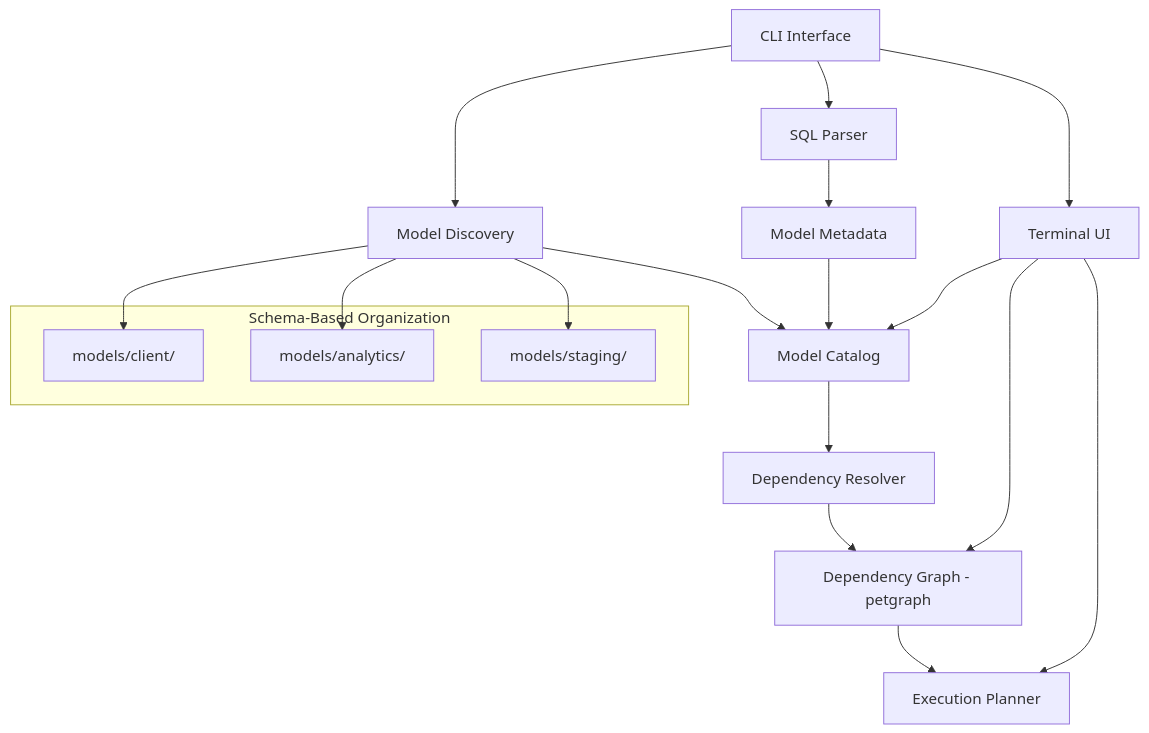
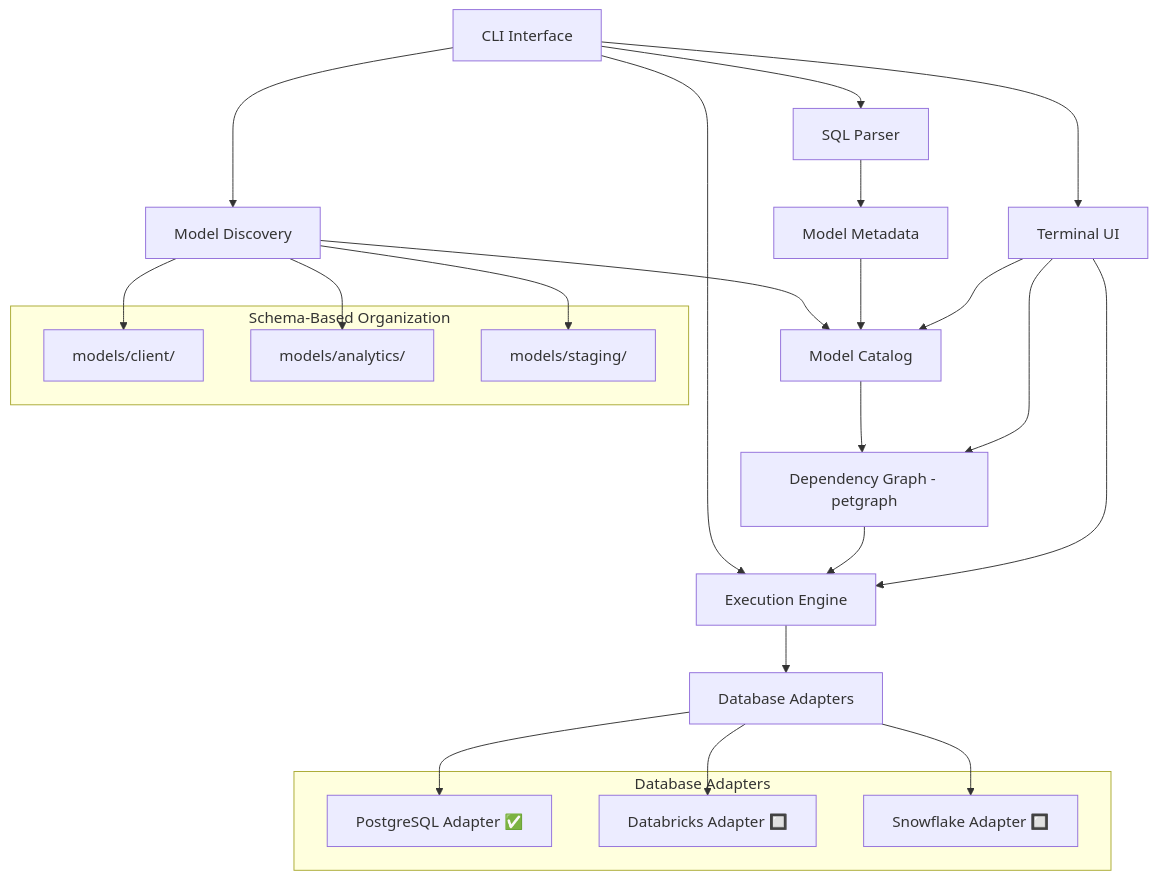
The diagram in memory-bank/systemPatterns.md (janhoon/cadac), drawn with Mermaid before and after one commit. The commit also changed other lines of this file and 14 other files, not shown here.

Commit message:
feat: can now execute sql queries on postgres

````diff
--- a/memory-bank/systemPatterns.md
+++ b/memory-bank/systemPatterns.md
@@ -5,25 +5,36 @@
 ```mermaid
 flowchart TD
     CLI[CLI Interface] --> Parser[SQL Parser]
     CLI --> Discovery[Model Discovery]
+    CLI --> ExecutionEngine[Execution Engine]
     CLI --> TUI[Terminal UI]
     Parser --> ModelMetadata[Model Metadata]
     Discovery --> ModelCatalog[Model Catalog]
     ModelMetadata --> ModelCatalog
-    ModelCatalog --> DependencyResolver[Dependency Resolver]
-    DependencyResolver --> DependencyGraph[Dependency Graph - petgraph]
-    DependencyGraph --> ExecutionPlanner[Execution Planner]
+    ModelCatalog --> DependencyGraph[Dependency Graph - petgraph]
+    DependencyGraph --> ExecutionEngine
+    ExecutionEngine --> DatabaseAdapters[Database Adapters]
     TUI --> ModelCatalog
     TUI --> DependencyGraph
-    TUI --> ExecutionPlanner
+    TUI --> ExecutionEngine
+    
+    subgraph "Database Adapters"
+        PostgresAdapter[PostgreSQL Adapter ✅]
+        DatabricksAdapter[Databricks Adapter 🔲]
+        SnowflakeAdapter[Snowflake Adapter 🔲]
+    end
+    
+    DatabaseAdapters --> PostgresAdapter
+    DatabaseAdapters --> DatabricksAdapter
+    DatabaseAdapters --> SnowflakeAdapter
     
     subgraph "Schema-Based Organization"
         SchemaA[models/client/]
         SchemaB[models/analytics/]
         SchemaC[models/staging/]
     end
     
     Discovery --> SchemaA
     Discovery --> SchemaB
     Discovery --> SchemaC
 ```
````
